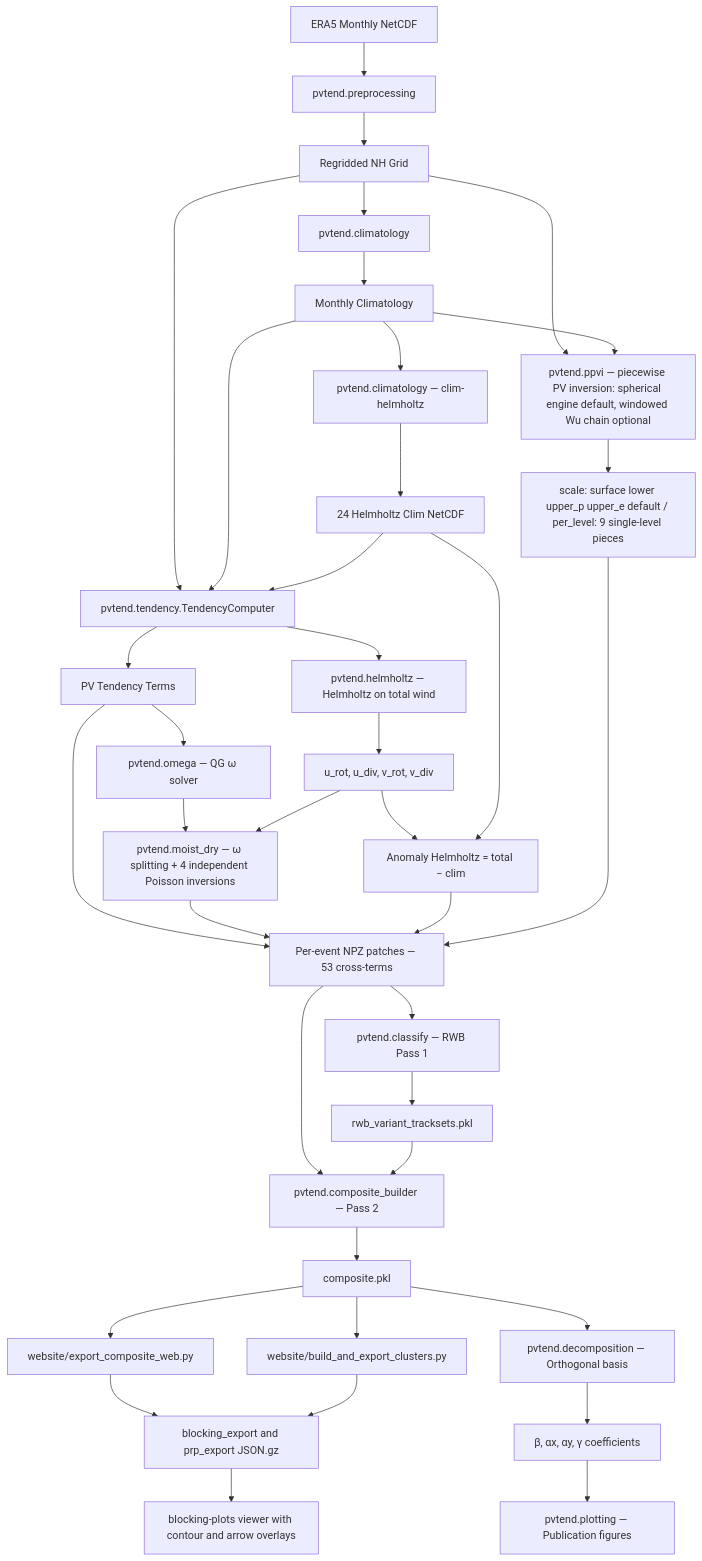
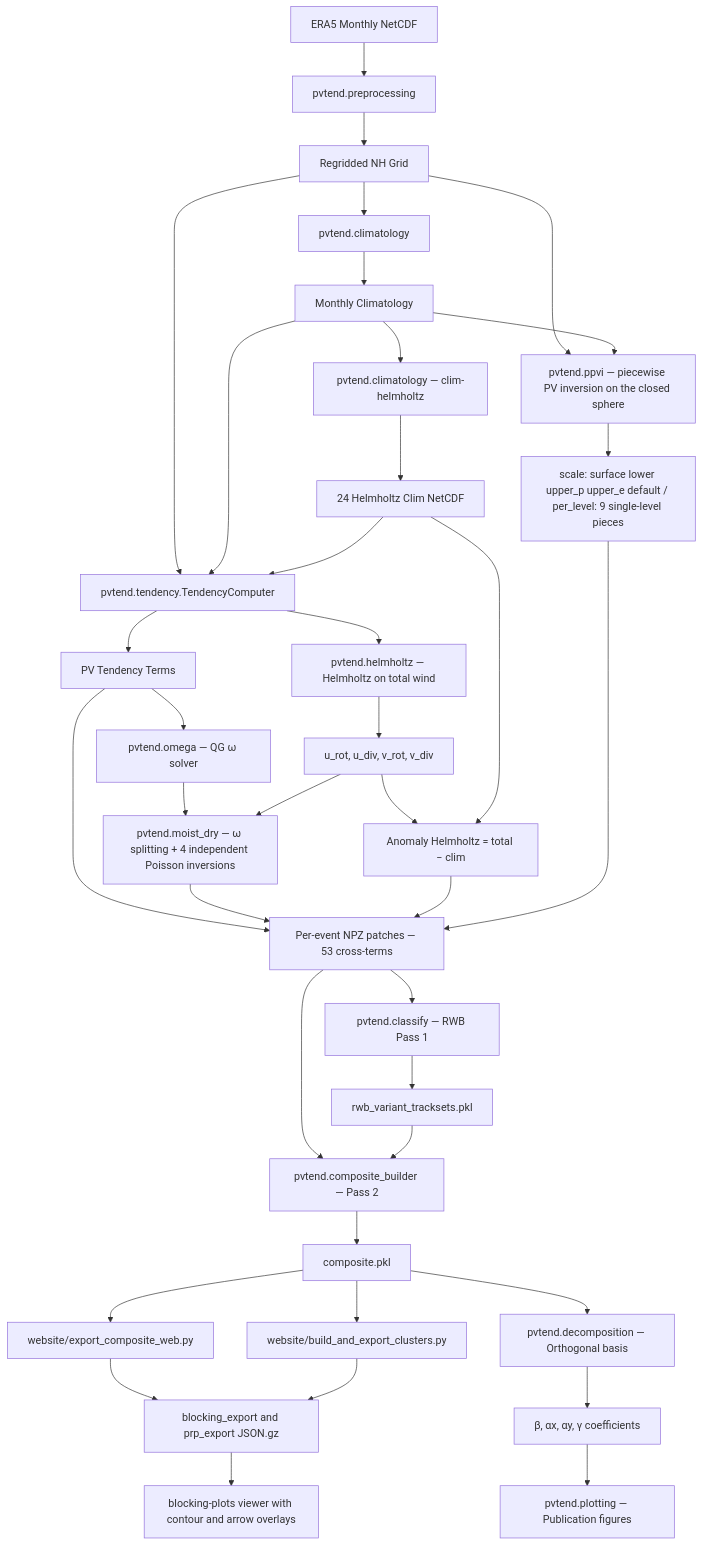
One commit to yanxingjianken/pvtend changed the first of 3 diagrams in README.md. Above: the diagram before and after it, drawn with Mermaid. The commit also changed other lines of this file and 30 other files, not shown here.

````diff
--- a/README.md
+++ b/README.md
@@ -167,32 +167,32 @@
 ```mermaid
 graph TD
     A[ERA5 Monthly NetCDF] --> B[pvtend.preprocessing]
     B --> C[Regridded NH Grid]
     C --> D[pvtend.climatology]
     D --> E[Monthly Climatology]
     E --> E2[pvtend.climatology — clim-helmholtz]
     E2 --> E3[24 Helmholtz Clim NetCDF]
     C & E & E3 --> F[pvtend.tendency.TendencyComputer]
     F --> G[PV Tendency Terms]
     F --> I[pvtend.helmholtz — Helmholtz on total wind]
     I --> I2[u_rot, u_div, v_rot, v_div]
     I2 & E3 --> I3[Anomaly Helmholtz = total − clim]
     G --> H[pvtend.omega — QG ω solver]
     H & I2 --> J[pvtend.moist_dry — ω splitting + 4 independent Poisson inversions]
     G & J & I3 --> K[Per-event NPZ patches — 53 cross-terms]
-    C & E --> P1[pvtend.ppvi — piecewise PV inversion: spherical engine default, windowed Wu chain optional]
+    C & E --> P1[pvtend.ppvi — piecewise PV inversion on the closed sphere]
     P1 --> P2[scale: surface lower upper_p upper_e default / per_level: 9 single-level pieces]
     P2 --> K
     K --> L1[pvtend.classify — RWB Pass 1]
     L1 --> L1a[rwb_variant_tracksets.pkl]
     K & L1a --> L2[pvtend.composite_builder — Pass 2]
     L2 --> L2a[composite.pkl]
     L2a --> W1[website/export_composite_web.py]
     L2a --> W2[website/build_and_export_clusters.py]
     W1 --> W3[blocking_export and prp_export JSON.gz]
     W2 --> W3
     W3 --> W4[blocking-plots viewer with contour and arrow overlays]
     L2a --> M[pvtend.decomposition — Orthogonal basis]
     M --> N[β, αx, αy, γ coefficients]
     N --> O[pvtend.plotting — Publication figures]
 ```
````
